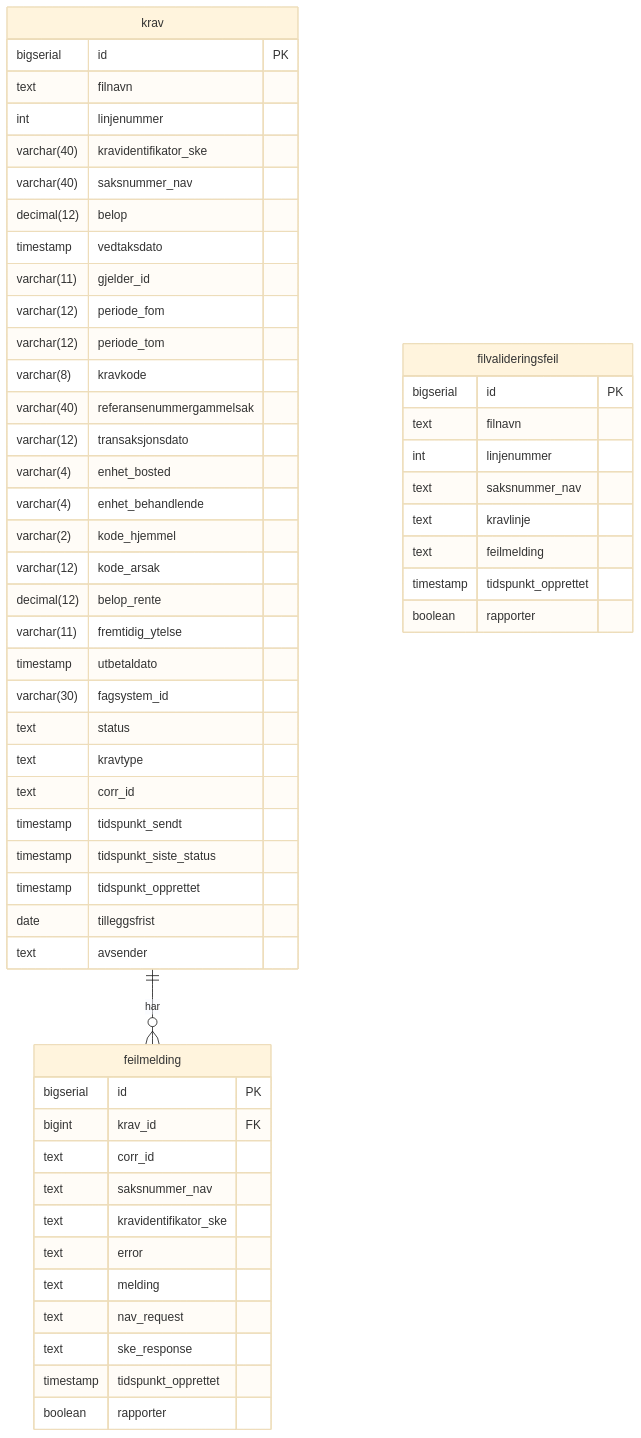
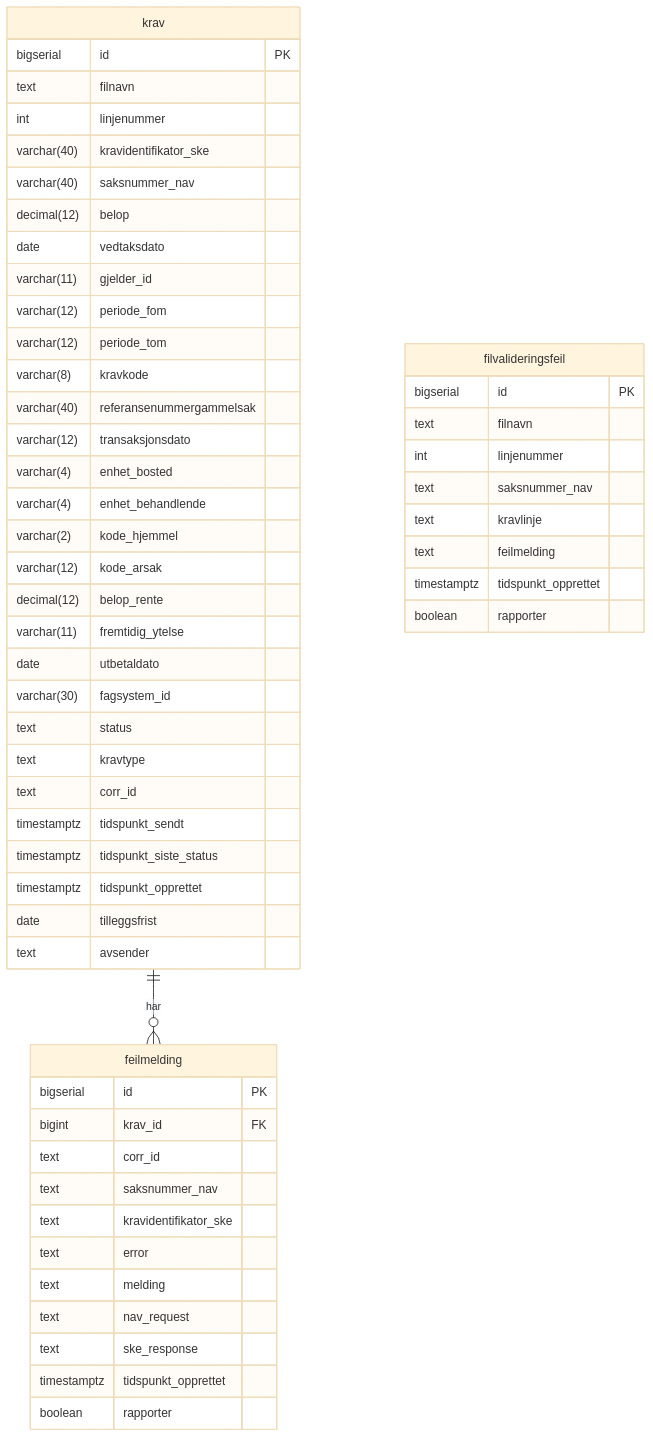
The diagram in dokumentasjon/funksjonalitet/Databasestruktur.md (navikt/sokos-ske-krav), drawn with Mermaid (base theme) before and after one commit. The commit also changed other lines of this file and 14 other files, not shown here.

````diff
--- a/dokumentasjon/funksjonalitet/Databasestruktur.md
+++ b/dokumentasjon/funksjonalitet/Databasestruktur.md
@@ -7,61 +7,61 @@
 ```mermaid
 erDiagram
     krav {
         bigserial id PK
         text filnavn
         int linjenummer
         varchar(40) kravidentifikator_ske
         varchar(40) saksnummer_nav
         decimal(12) belop
-        timestamp vedtaksdato
+        date vedtaksdato
         varchar(11) gjelder_id
         varchar(12) periode_fom
         varchar(12) periode_tom
         varchar(8) kravkode
         varchar(40) referansenummergammelsak
         varchar(12) transaksjonsdato
         varchar(4) enhet_bosted
         varchar(4) enhet_behandlende
         varchar(2) kode_hjemmel
         varchar(12) kode_arsak
         decimal(12) belop_rente
         varchar(11) fremtidig_ytelse
-        timestamp utbetaldato
+        date utbetaldato
         varchar(30) fagsystem_id
         text status
         text kravtype
         text corr_id
-        timestamp tidspunkt_sendt
-        timestamp tidspunkt_siste_status
-        timestamp tidspunkt_opprettet
+        timestamptz tidspunkt_sendt
+        timestamptz tidspunkt_siste_status
+        timestamptz tidspunkt_opprettet
         date tilleggsfrist
         text avsender
     }
 
     feilmelding {
         bigserial id PK
         bigint krav_id FK
         text corr_id
         text saksnummer_nav
         text kravidentifikator_ske
         text error
         text melding
         text nav_request
         text ske_response
-        timestamp tidspunkt_opprettet
+        timestamptz tidspunkt_opprettet
         boolean rapporter
     }
 
     filvalideringsfeil {
         bigserial id PK
         text filnavn
         int linjenummer
         text saksnummer_nav
         text kravlinje
         text feilmelding
-        timestamp tidspunkt_opprettet
+        timestamptz tidspunkt_opprettet
         boolean rapporter
     }
 
     krav ||--o{ feilmelding : "har"
 ```
````
